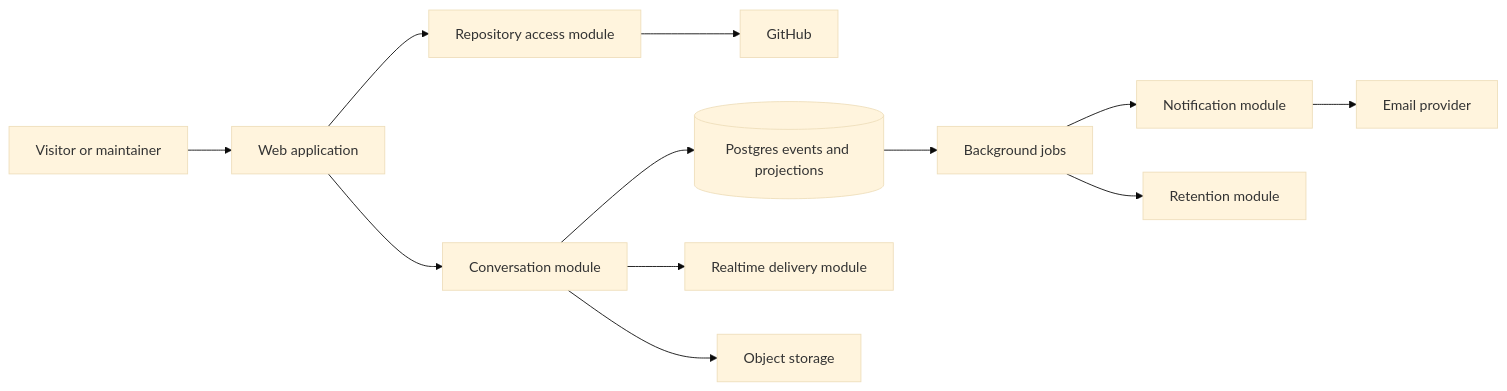
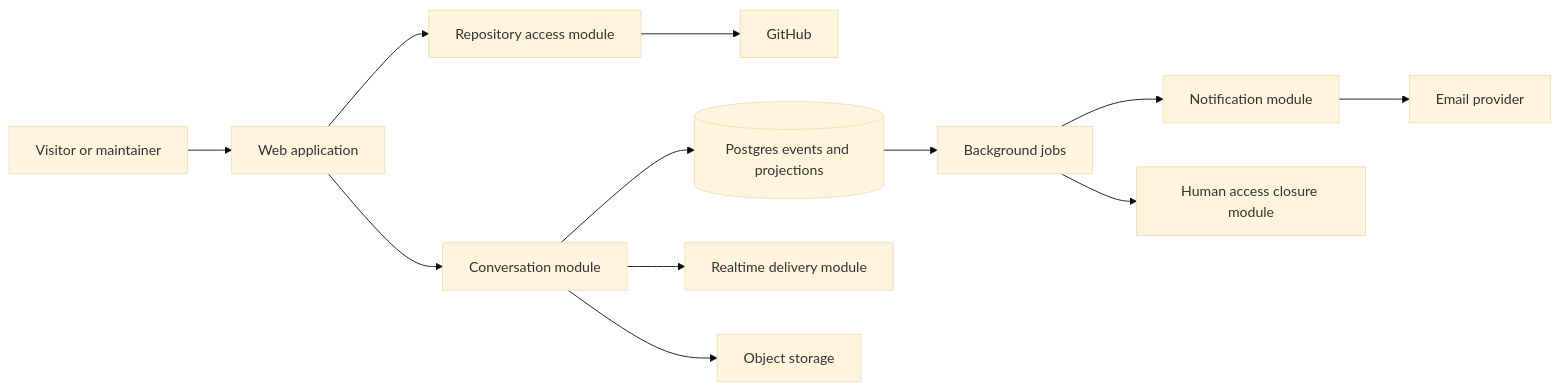
The first of 2 diagrams in PLAN.md (mxcl/knock-knock), drawn with Mermaid (base theme) before and after one commit. The commit also changed other lines of this file and 2 other files, not shown here.

Commit message:
docs: clarify private log retention policy

````diff
--- a/PLAN.md
+++ b/PLAN.md
@@ -108,14 +115,14 @@
 ```mermaid
 flowchart LR
     V["Visitor or maintainer"] --> W["Web application"]
     W --> I["Repository access module"]
     I --> G["GitHub"]
     W --> C["Conversation module"]
     C --> P[("Postgres events and projections")]
     C --> R["Realtime delivery module"]
     P --> J["Background jobs"]
     J --> N["Notification module"]
-    J --> X["Retention module"]
+    J --> X["Human access closure module"]
     N --> E["Email provider"]
     C --> O["Object storage"]
 ```
````
